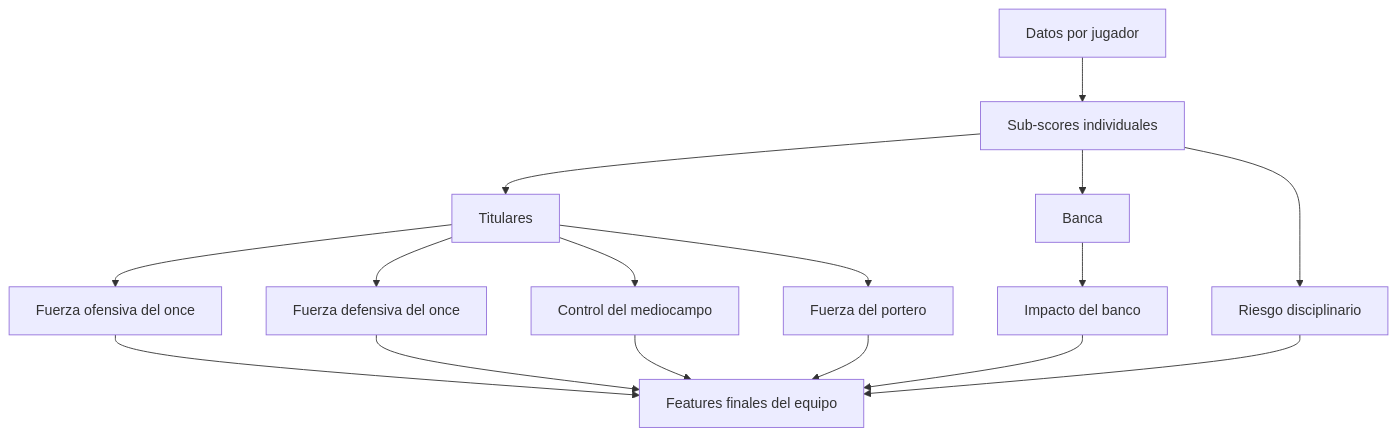
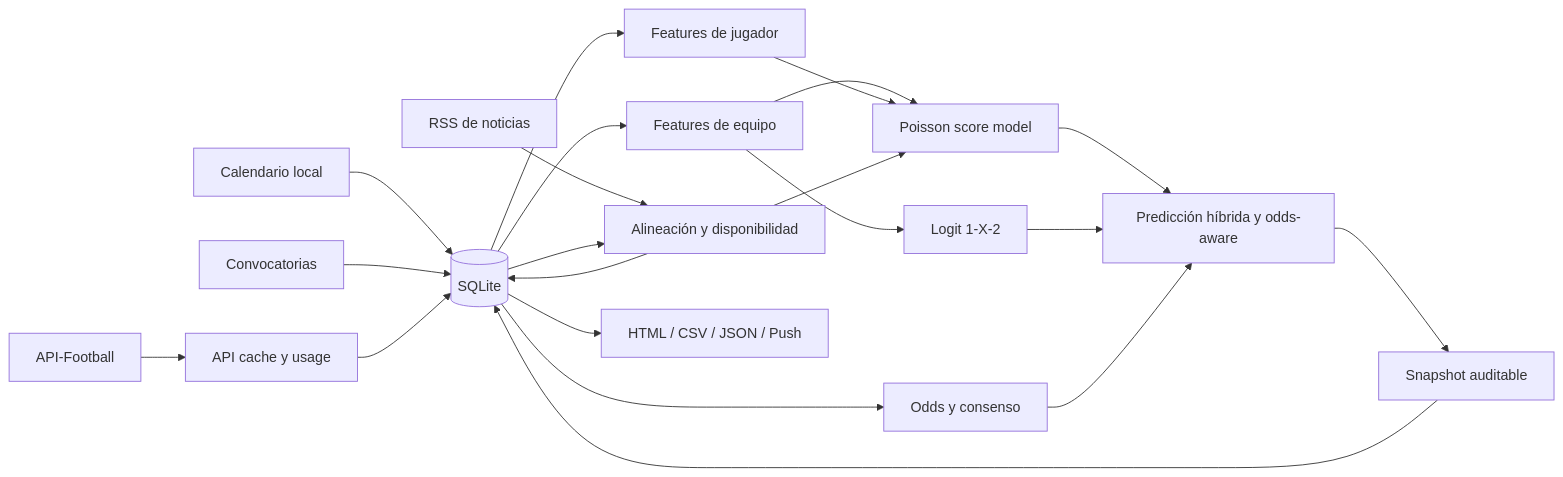
One commit to GtzRicky/pronosticador-mundial-2026 changed the third of 8 diagrams in README.md. Above: the diagram before and after it, drawn with Mermaid. The commit also changed other lines of this file and 110 other files, not shown here.

````diff
--- a/README.md
+++ b/README.md
@@ -219,18 +284,37 @@
 ```mermaid
-flowchart TD
-    A[Datos por jugador] --> B[Sub-scores individuales]
-    B --> C[Titulares]
-    B --> D[Banca]
-    C --> E[Fuerza ofensiva del once]
-    C --> F[Fuerza defensiva del once]
-    C --> G[Control del mediocampo]
-    C --> H[Fuerza del portero]
-    D --> I[Impacto del banco]
-    B --> J[Riesgo disciplinario]
-    E --> K[Features finales del equipo]
-    F --> K
-    G --> K
-    H --> K
-    I --> K
-    J --> K
+flowchart LR
+    Calendar[Calendario local]
+    Rosters[Convocatorias]
+    API[API-Football]
+    RSS[RSS de noticias]
+    Cache[API cache y usage]
+    SQLite[(SQLite)]
+    Team[Features de equipo]
+    Player[Features de jugador]
+    Lineup[Alineación y disponibilidad]
+    Odds[Odds y consenso]
+    Poisson[Poisson score model]
+    Logit[Logit 1-X-2]
+    Ensemble[Predicción híbrida y odds-aware]
+    Snapshot[Snapshot auditable]
+    Outputs[HTML / CSV / JSON / Push]
+
+    Calendar --> SQLite
+    Rosters --> SQLite
+    API --> Cache --> SQLite
+    RSS --> Lineup --> SQLite
+    SQLite --> Team
+    SQLite --> Player
+    SQLite --> Lineup
+    SQLite --> Odds
+    Team --> Poisson
+    Player --> Poisson
+    Lineup --> Poisson
+    Team --> Logit
+    Poisson --> Ensemble
+    Logit --> Ensemble
+    Odds --> Ensemble
+    Ensemble --> Snapshot
+    Snapshot --> SQLite
+    SQLite --> Outputs
 ```
````
